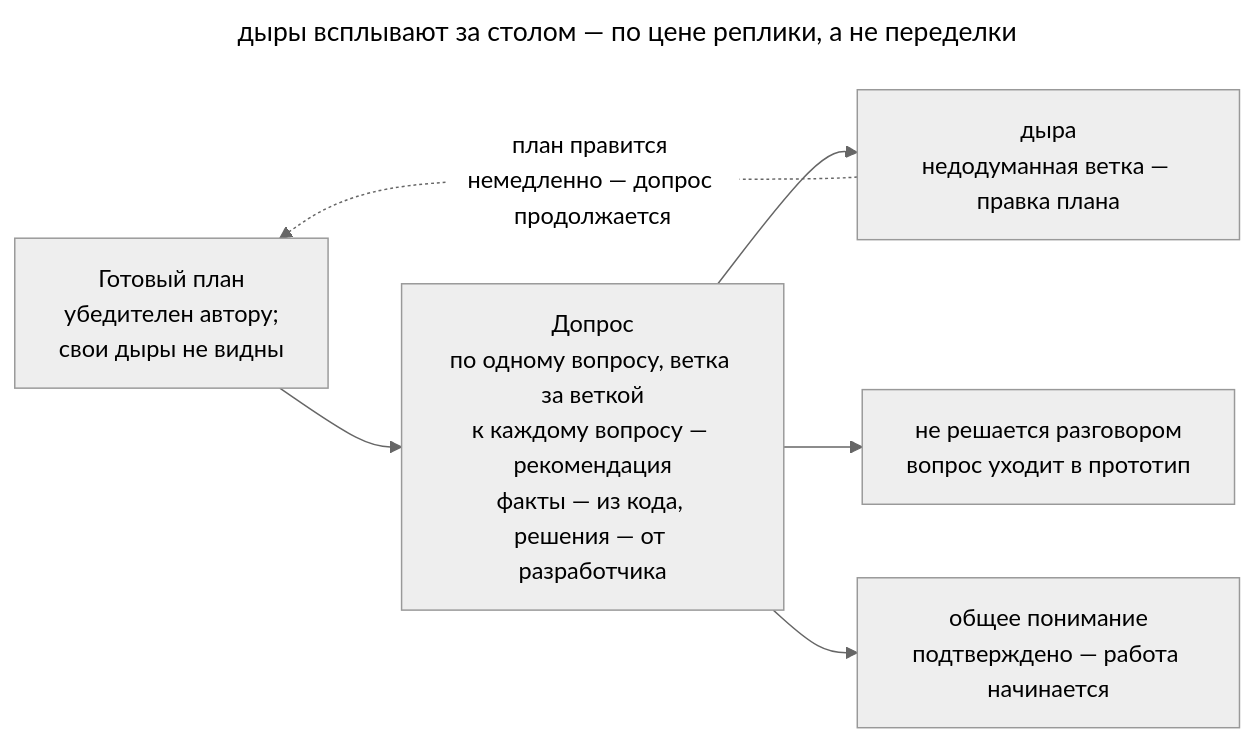
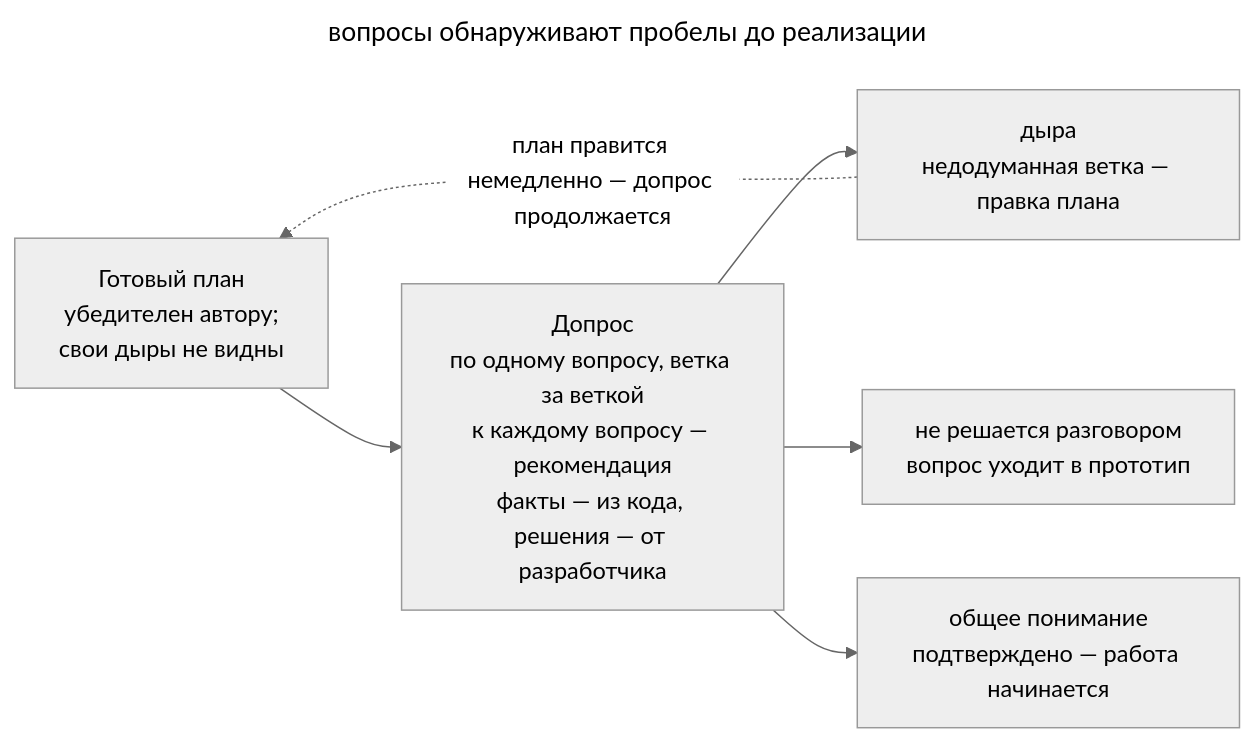
One commit to Rastavelli/agentic-coding-design-patterns changed the diagram in book/ru/grilling.md. Above: the diagram before and after it, drawn with Mermaid (neutral theme). The commit also changed other lines of this file and 24 other files, not shown here.

Commit message:
docs: finish Russian prose review and align diagram captions

````diff
--- a/book/ru/grilling.md
+++ b/book/ru/grilling.md
@@ -42,16 +41,16 @@
 ```mermaid
 ---
-title: дыры всплывают за столом — по цене реплики, а не переделки
+title: вопросы обнаруживают пробелы до реализации
 ---
 flowchart LR
   plan["Готовый план<br/>убедителен автору;<br/>свои дыры не видны"]:::accent
   grill["Допрос<br/>по одному вопросу, ветка за веткой<br/>к каждому вопросу — рекомендация<br/>факты — из кода, решения — от разработчика"]
   hole["дыра<br/>недодуманная ветка — правка плана"]:::warn
   proto["не решается разговором<br/>вопрос уходит в прототип"]:::muted
   shared["общее понимание<br/>подтверждено — работа начинается"]:::accent
   plan --> grill
   grill --> hole
   grill --> proto
   grill --> shared
   hole -. "план правится немедленно — допрос продолжается" .-> plan
 ```
````
